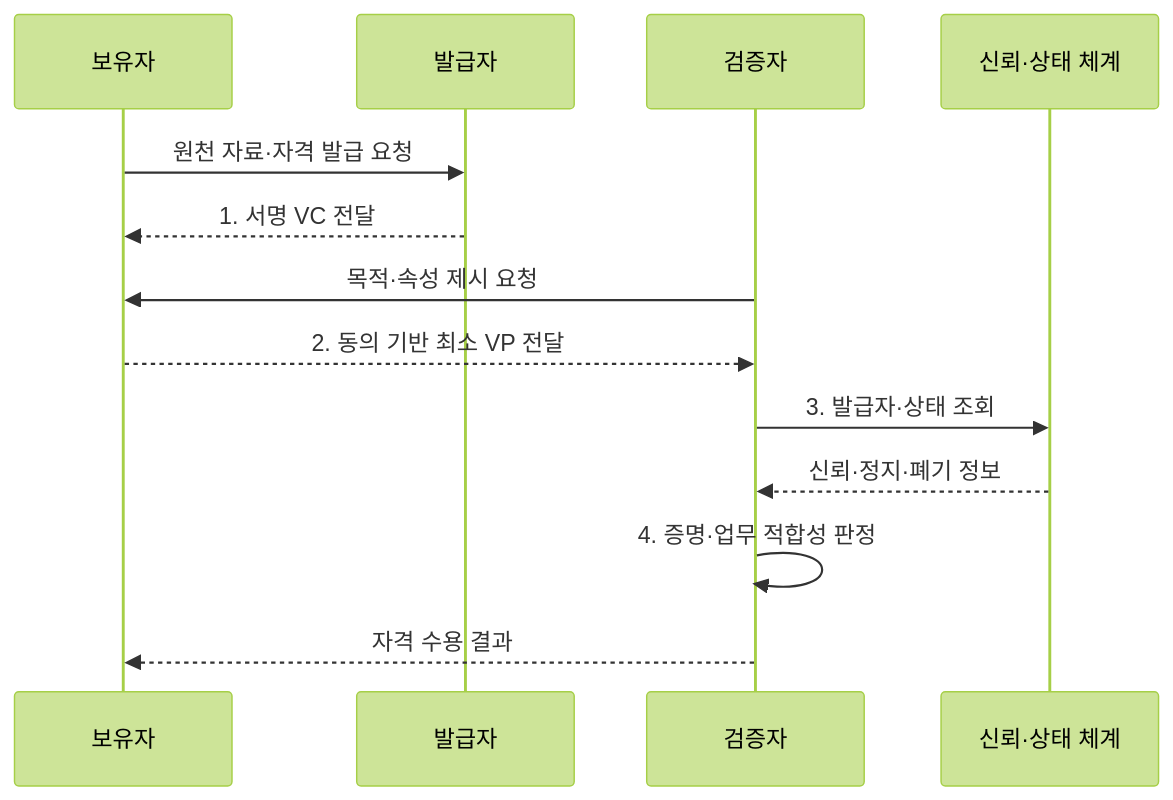
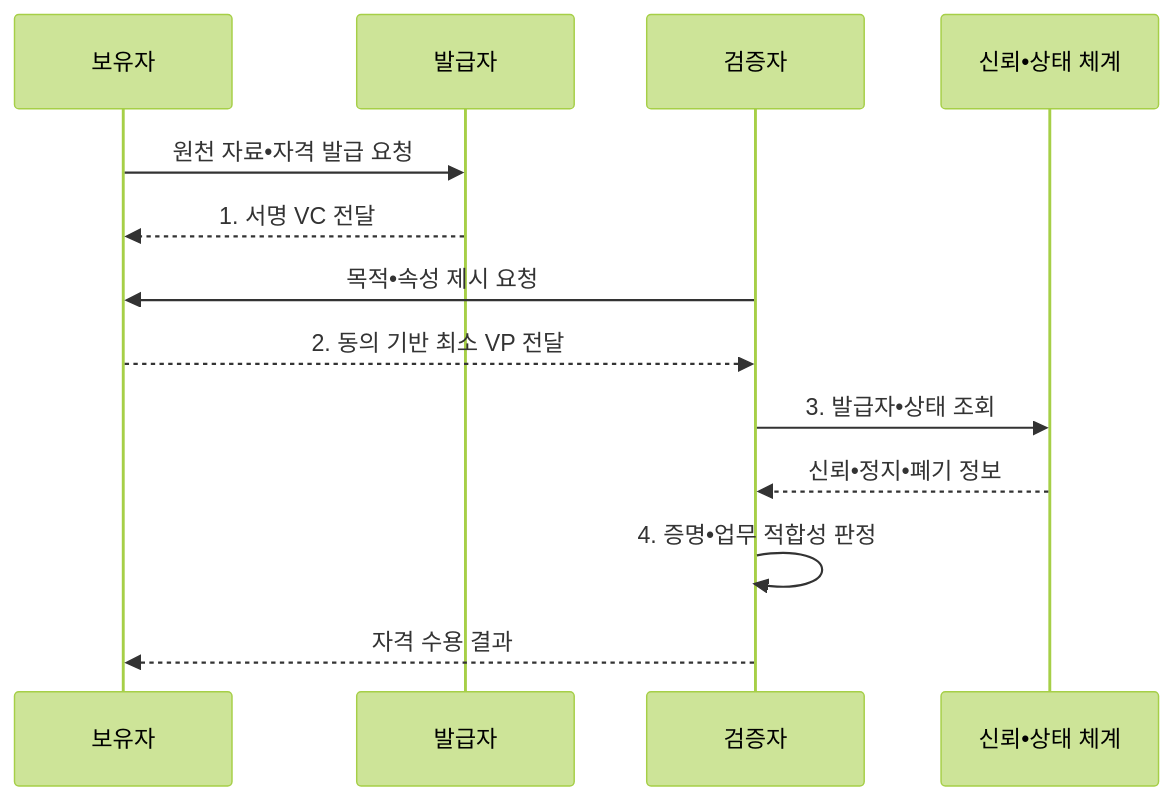
The second of 2 diagrams in src/content/docs/notes/05-security/067_verifiable_credential.md (agnusdei1207/knowledge-base), drawn with Mermaid (forest theme) before and after one commit. The commit also changed other lines of this file and 953 other files, not shown here.

````diff
--- a/src/content/docs/notes/05-security/067_verifiable_credential.md
+++ b/src/content/docs/notes/05-security/067_verifiable_credential.md
@@ -95,15 +95,15 @@
 ```mermaid
 sequenceDiagram
     participant H as 보유자
     participant I as 발급자
     participant V as 검증자
-    participant S as 신뢰·상태 체계
-    H->>I: 원천 자료·자격 발급 요청
+    participant S as 신뢰•상태 체계
+    H->>I: 원천 자료•자격 발급 요청
     I-->>H: 1. 서명 VC 전달
-    V->>H: 목적·속성 제시 요청
+    V->>H: 목적•속성 제시 요청
     H-->>V: 2. 동의 기반 최소 VP 전달
-    V->>S: 3. 발급자·상태 조회
-    S-->>V: 신뢰·정지·폐기 정보
-    V->>V: 4. 증명·업무 적합성 판정
+    V->>S: 3. 발급자•상태 조회
+    S-->>V: 신뢰•정지•폐기 정보
+    V->>V: 4. 증명•업무 적합성 판정
     V-->>H: 자격 수용 결과
 ```
````
